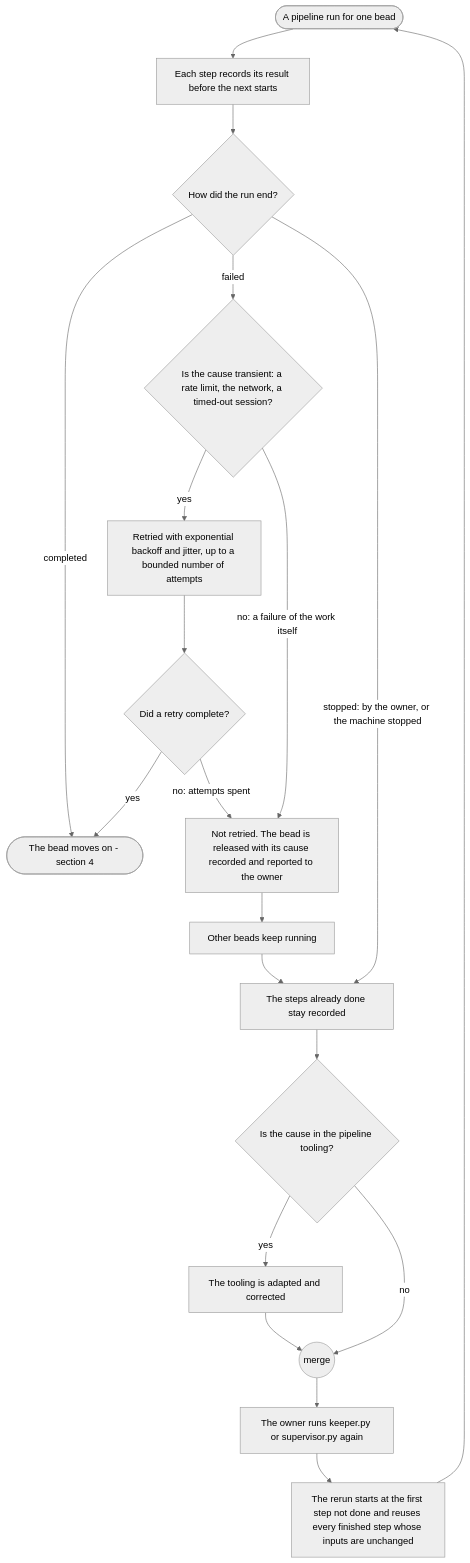
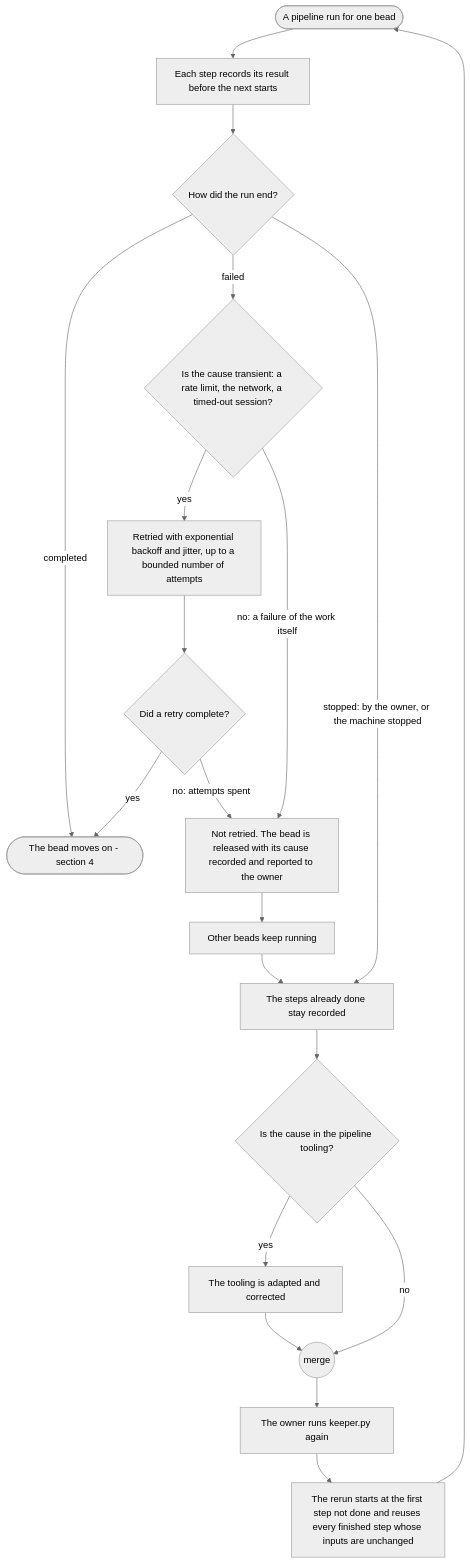
One commit to mark-satterfield/toolset changed the seventh of 8 diagrams in plugins/agent-teams-workforce/blueprint/design/pipelines-driver.md. Above: the diagram before and after it, drawn with Mermaid (neutral theme). The commit also changed other lines of this file and 1 other file, not shown here.

First line of the commit message:
docs(blueprint): draw keeper and supervisor from their code and start the driver at a ready Epic

````diff
--- a/plugins/agent-teams-workforce/blueprint/design/pipelines-driver.md
+++ b/plugins/agent-teams-workforce/blueprint/design/pipelines-driver.md
@@ -316,22 +374,22 @@
 ```mermaid
 flowchart TD
     s(["A pipeline run for one bead"]) --> work["Each step records its result before the next starts"]
     work --> res{"How did the run end?"}
     res -->|"completed"| done(["The bead moves on - section 4"])
     res -->|"failed"| kindF{"Is the cause transient: a rate limit, the network, a timed-out session?"}
     res -->|"stopped: by the owner, or the machine stopped"| kept
     kindF -->|"yes"| retry["Retried with exponential backoff and jitter, up to a bounded number of attempts"]
     kindF -->|"no: a failure of the work itself"| release["Not retried. The bead is released with its cause recorded and reported to the owner"]
     retry --> again{"Did a retry complete?"}
     again -->|"yes"| done
     again -->|"no: attempts spent"| release
     release --> others["Other beads keep running"]
     others --> kept["The steps already done stay recorded"]
     kept --> fixT{"Is the cause in the pipeline tooling?"}
     fixT -->|"yes"| adapt["The tooling is adapted and corrected"]
     fixT -->|"no"| m(("merge"))
     adapt --> m
-    m --> owner["The owner runs keeper.py or supervisor.py again"]
+    m --> owner["The owner runs keeper.py again"]
     owner --> resume["The rerun starts at the first step not done and reuses every finished step whose inputs are unchanged"]
     resume --> s
 ```
````
